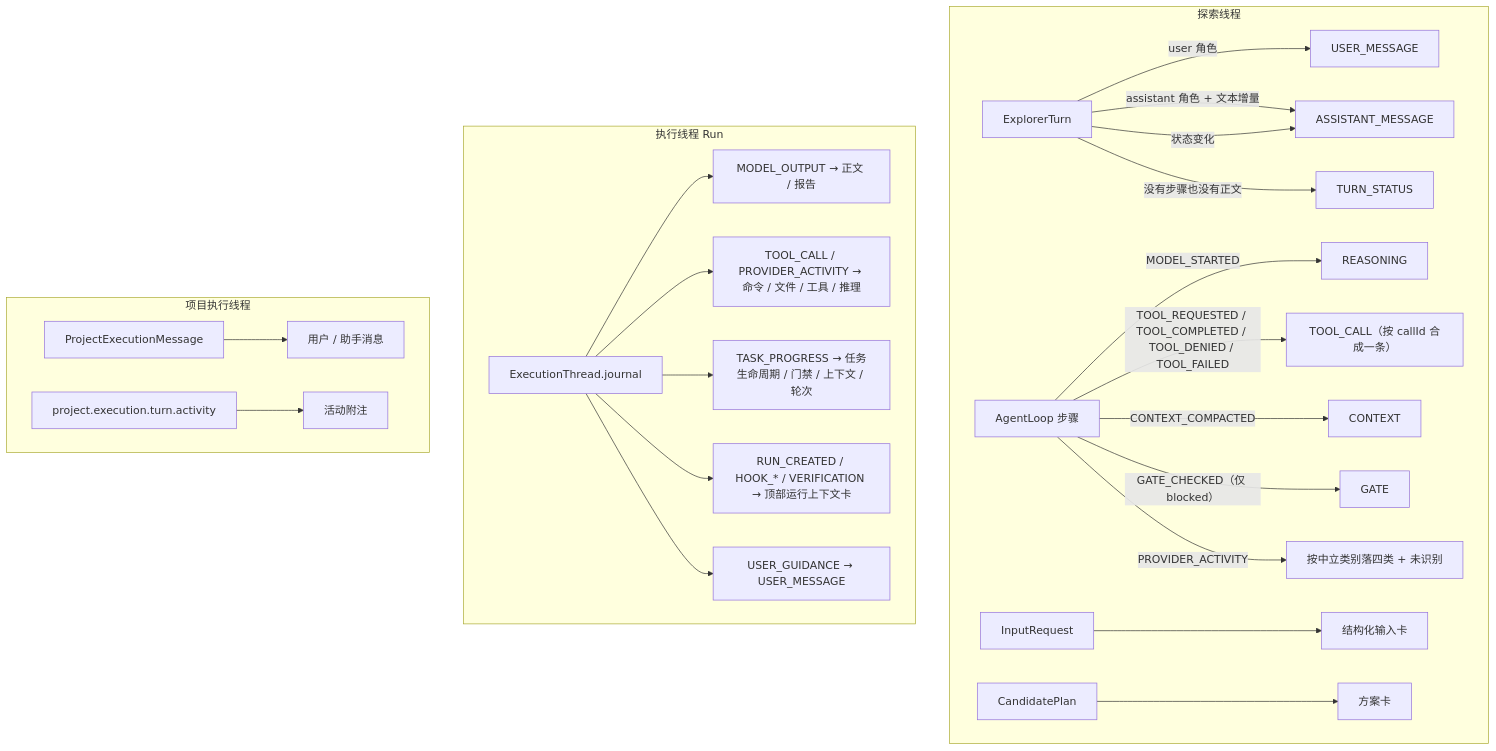
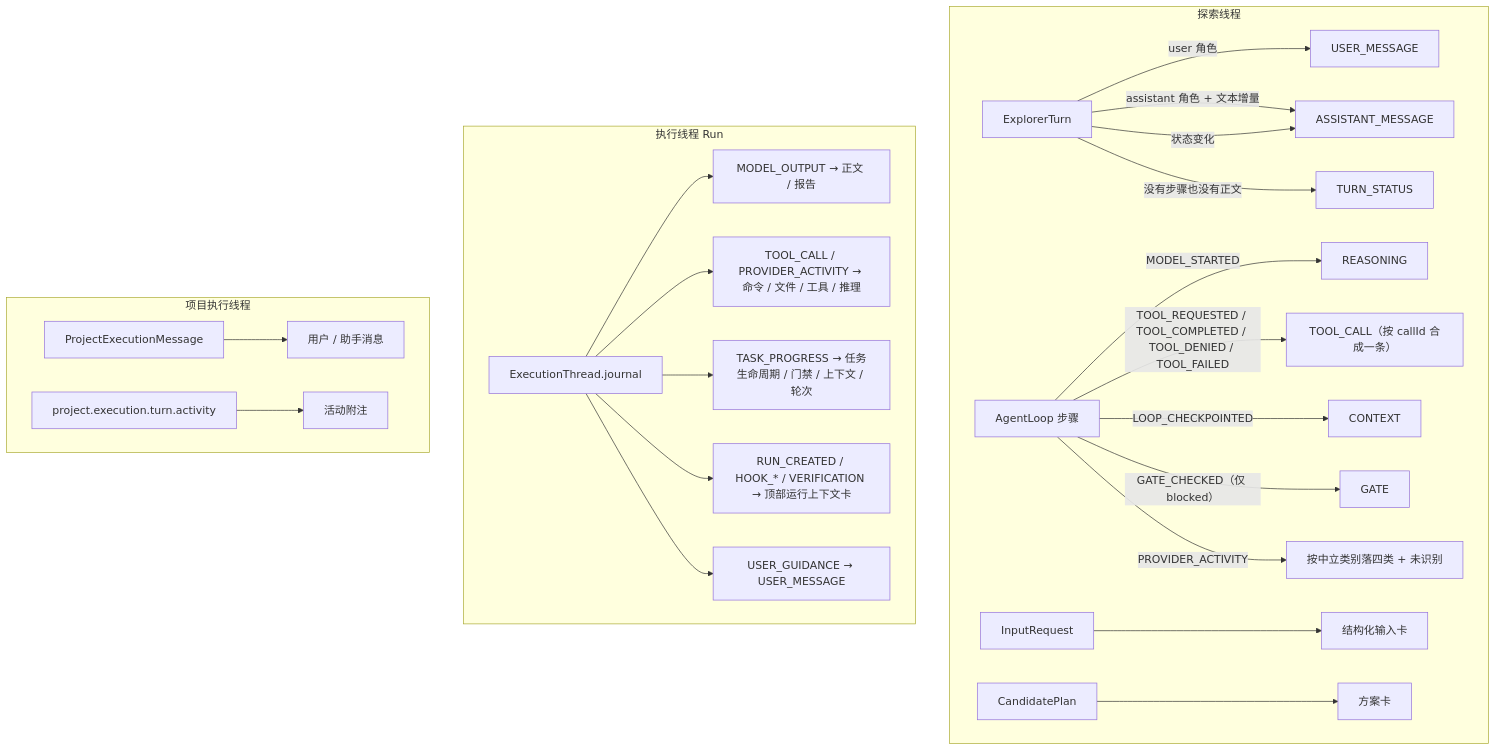
One commit to DigitalMarsh/pipeline-factory changed the ninth of 10 diagrams in docs/消息类型及事件状态机流程图.md. Above: the diagram before and after it, drawn with Mermaid. The commit also changed other lines of this file and 16 other files, not shown here.

````diff
--- a/docs/消息类型及事件状态机流程图.md
+++ b/docs/消息类型及事件状态机流程图.md
@@ -967,27 +969,27 @@
 ```mermaid
 flowchart TD
   subgraph 探索线程
     T["ExplorerTurn"] -->|"user 角色"| UM["USER_MESSAGE"]
     T -->|"assistant 角色 + 文本增量"| AM["ASSISTANT_MESSAGE"]
     T -->|"状态变化"| AM
     T -->|"没有步骤也没有正文"| TS["TURN_STATUS"]
     L["AgentLoop 步骤"] -->|"MODEL_STARTED"| RS["REASONING"]
     L -->|"TOOL_REQUESTED / TOOL_COMPLETED / TOOL_DENIED / TOOL_FAILED"| TOOL["TOOL_CALL（按 callId 合成一条）"]
-    L -->|"CONTEXT_COMPACTED"| CD["CONTEXT"]
+    L -->|"LOOP_CHECKPOINTED"| CD["CONTEXT"]
     L -->|"GATE_CHECKED（仅 blocked）"| GT["GATE"]
     L -->|"PROVIDER_ACTIVITY"| PA["按中立类别落四类 + 未识别"]
     IR["InputRequest"] --> IC["结构化输入卡"]
     P["CandidatePlan"] --> PC["方案卡"]
   end
   subgraph 执行线程 Run
     J["ExecutionThread.journal"] --> MOD["MODEL_OUTPUT → 正文 / 报告"]
     J --> TC["TOOL_CALL / PROVIDER_ACTIVITY → 命令 / 文件 / 工具 / 推理"]
     J --> TP["TASK_PROGRESS → 任务生命周期 / 门禁 / 上下文 / 轮次"]
     J --> RA["RUN_CREATED / HOOK_* / VERIFICATION → 顶部运行上下文卡"]
     J --> UG["USER_GUIDANCE → USER_MESSAGE"]
   end
   subgraph 项目执行线程
     PE["ProjectExecutionMessage"] --> PM["用户 / 助手消息"]
     EV["project.execution.turn.activity"] --> PAL["活动附注"]
   end
 ```
````
